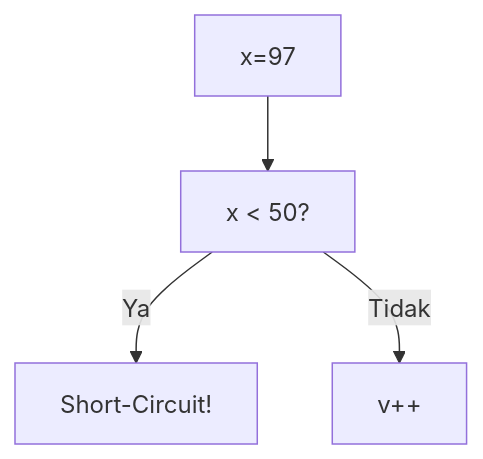
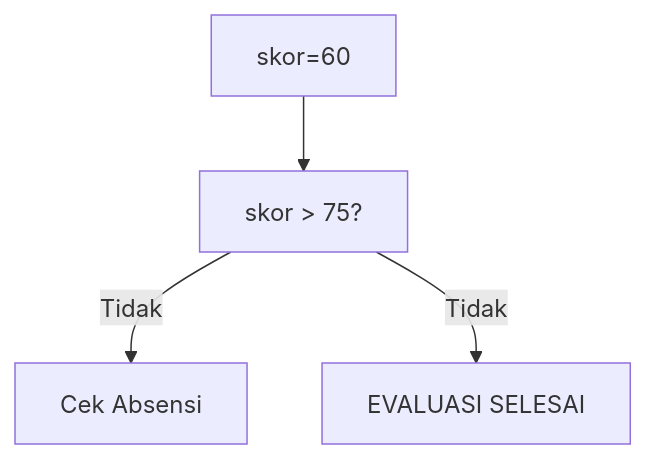
One commit to amnahwaida/OSNK_INF_PREP changed diagram 11 of 25 in part-c-pemahaman-cpp/02-percabangan/latihan/set-09.md. Above: the diagram before and after it, drawn with Mermaid. The commit also changed other lines of this file and 71 other files, not shown here.

````diff
--- a/part-c-pemahaman-cpp/02-percabangan/latihan/set-09.md
+++ b/part-c-pemahaman-cpp/02-percabangan/latihan/set-09.md
@@ -303,6 +316,6 @@
 ```mermaid
 graph TD
-A["x=97"] --> B["x < 50?"]
-B -- Ya --> C["Short-Circuit!"]
-B -- Tidak --> D["v++"]
+A["skor=60"] --> B["skor > 75?"]
+B -- Tidak --> C["Cek Absensi"]
+B -- Tidak --> D["EVALUASI SELESAI"]
 ```
````
